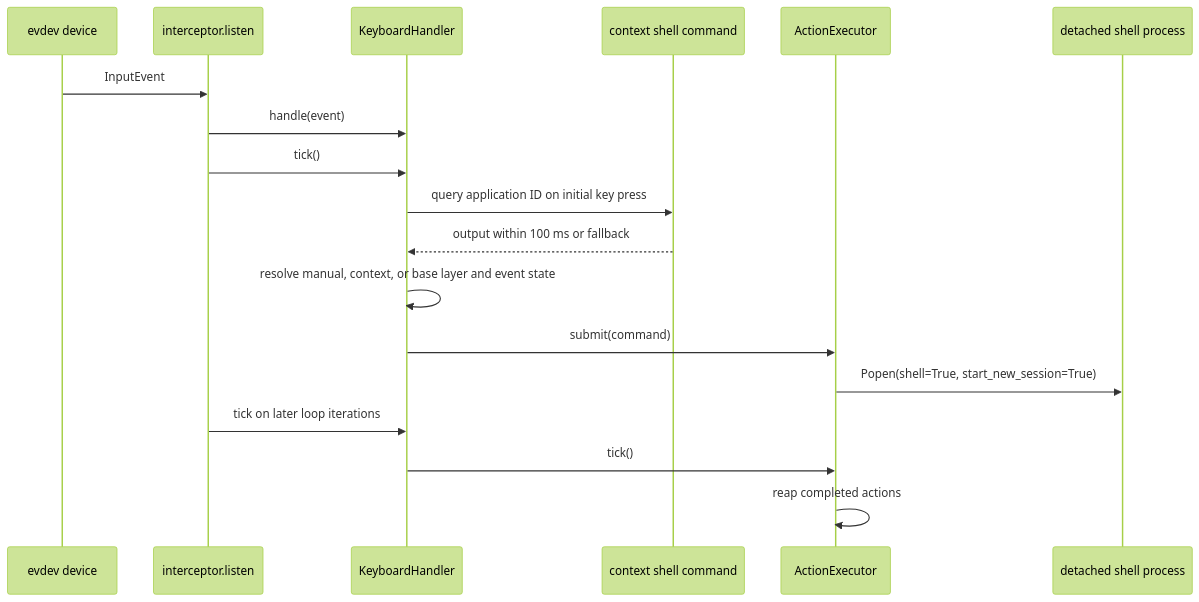
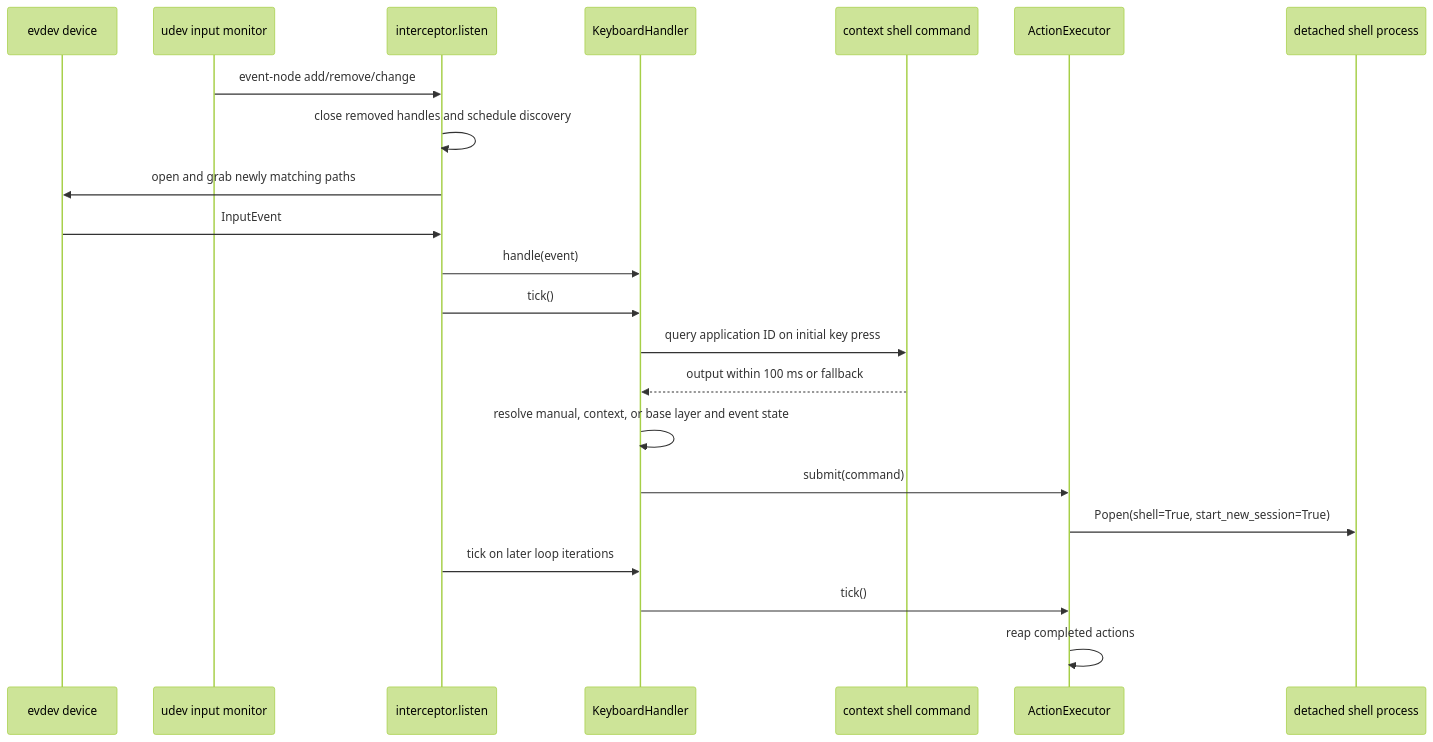
Before and after one commit to rafaelglikis/macropad: the second of 4 diagrams in src/macropad/README.md, drawn with Mermaid (forest theme). The commit also changed other lines of this file and 6 other files, not shown here.

````diff
--- a/src/macropad/README.md
+++ b/src/macropad/README.md
@@ -195,21 +197,25 @@
 ```mermaid
 sequenceDiagram
     participant Device as evdev device
+    participant Udev as udev input monitor
     participant Interceptor as interceptor.listen
     participant Handler as KeyboardHandler
     participant Context as context shell command
     participant Executor as ActionExecutor
     participant Shell as detached shell process
 
+    Udev->>Interceptor: event-node add/remove/change
+    Interceptor->>Interceptor: close removed handles and schedule discovery
+    Interceptor->>Device: open and grab newly matching paths
     Device->>Interceptor: InputEvent
     Interceptor->>Handler: handle(event)
     Interceptor->>Handler: tick()
     Handler->>Context: query application ID on initial key press
     Context-->>Handler: output within 100 ms or fallback
     Handler->>Handler: resolve manual, context, or base layer and event state
     Handler->>Executor: submit(command)
     Executor->>Shell: Popen(shell=True, start_new_session=True)
     Interceptor->>Handler: tick on later loop iterations
     Handler->>Executor: tick()
     Executor->>Executor: reap completed actions
 ```
````
